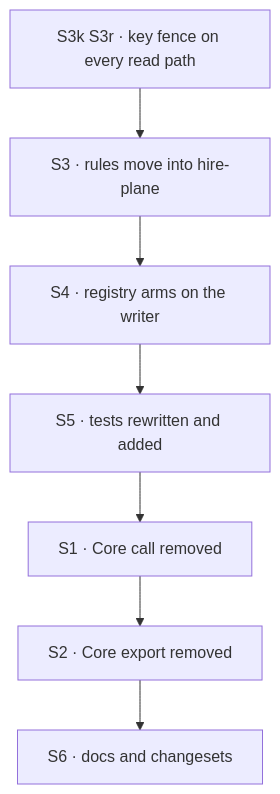
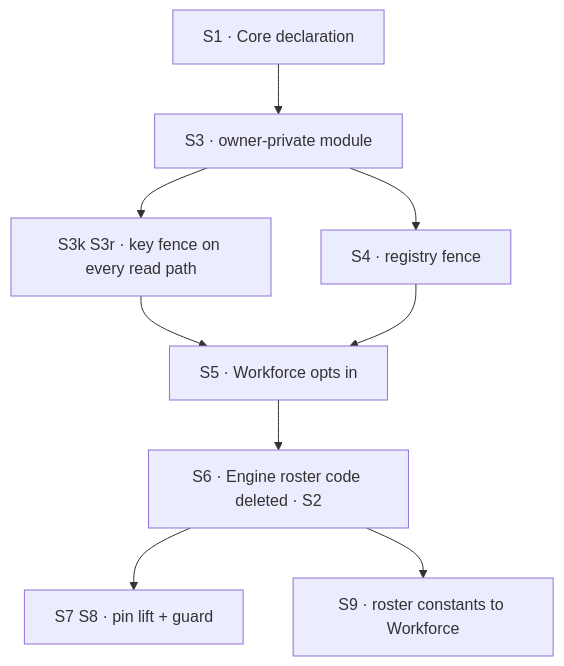
The diagram in specs/issues/FIX-1549/PLAN.md (fixpoint-labs/flow-state-dev), drawn with Mermaid before and after one commit. The commit also changed other lines of this file and 6 other files, not shown here.

First line of the commit message:
spec(FIX-1549): amend: lift Workforce vocabulary out of Engine via an owner-private collection primitive

````diff
--- a/specs/issues/FIX-1549/PLAN.md
+++ b/specs/issues/FIX-1549/PLAN.md
@@ -23,9 +28,11 @@
 ```mermaid
 flowchart TD
-  S3K["S3k S3r · key fence on every read path"] --> S3["S3 · rules move into hire-plane"]
-  S3 --> S4["S4 · registry arms on the writer"]
-  S4 --> S5["S5 · tests rewritten and added"]
-  S5 --> S1["S1 · Core call removed"]
-  S1 --> S2["S2 · Core export removed"]
-  S2 --> S6["S6 · docs and changesets"]
+  S1["S1 · Core declaration"] --> S3["S3 · owner-private module"]
+  S3 --> S3K["S3k S3r · key fence on every read path"]
+  S3 --> S4["S4 · registry fence"]
+  S3K --> S5["S5 · Workforce opts in"]
+  S4 --> S5
+  S5 --> S6["S6 · Engine roster code deleted · S2"]
+  S6 --> S7["S7 S8 · pin lift + guard"]
+  S6 --> S9["S9 · roster constants to Workforce"]
 ```
````
